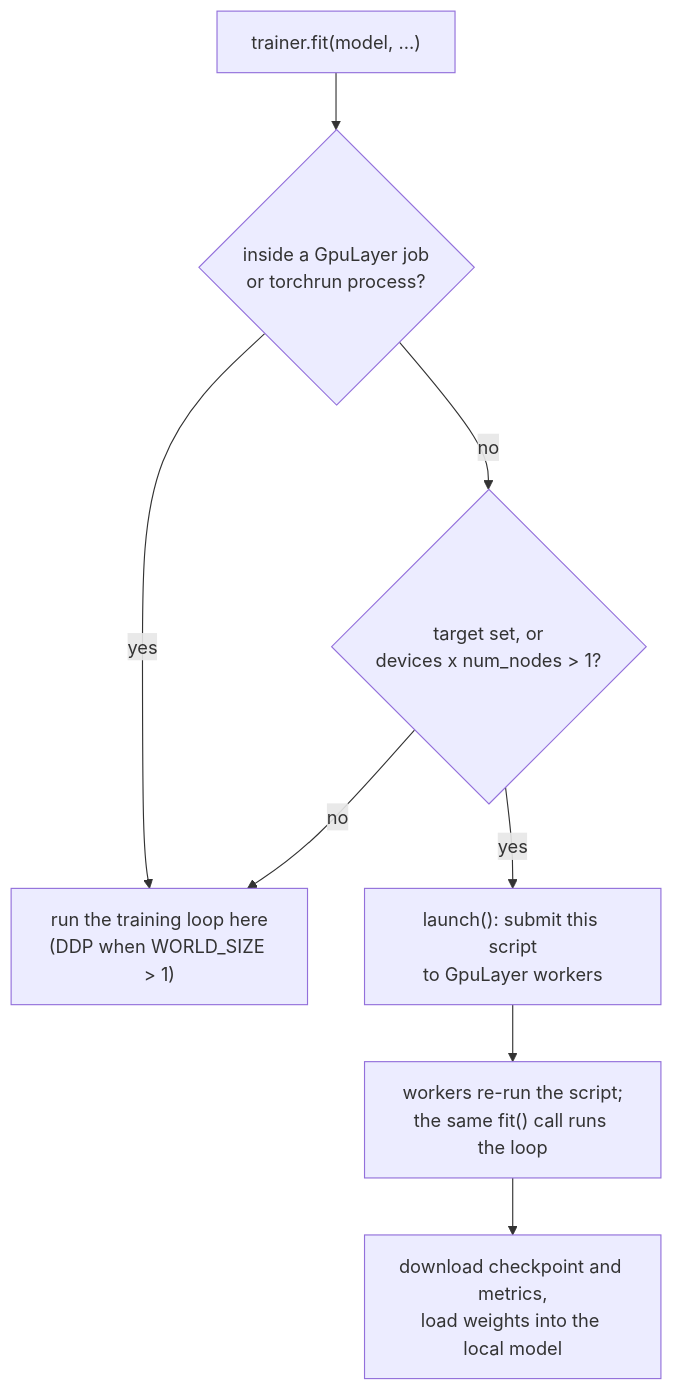
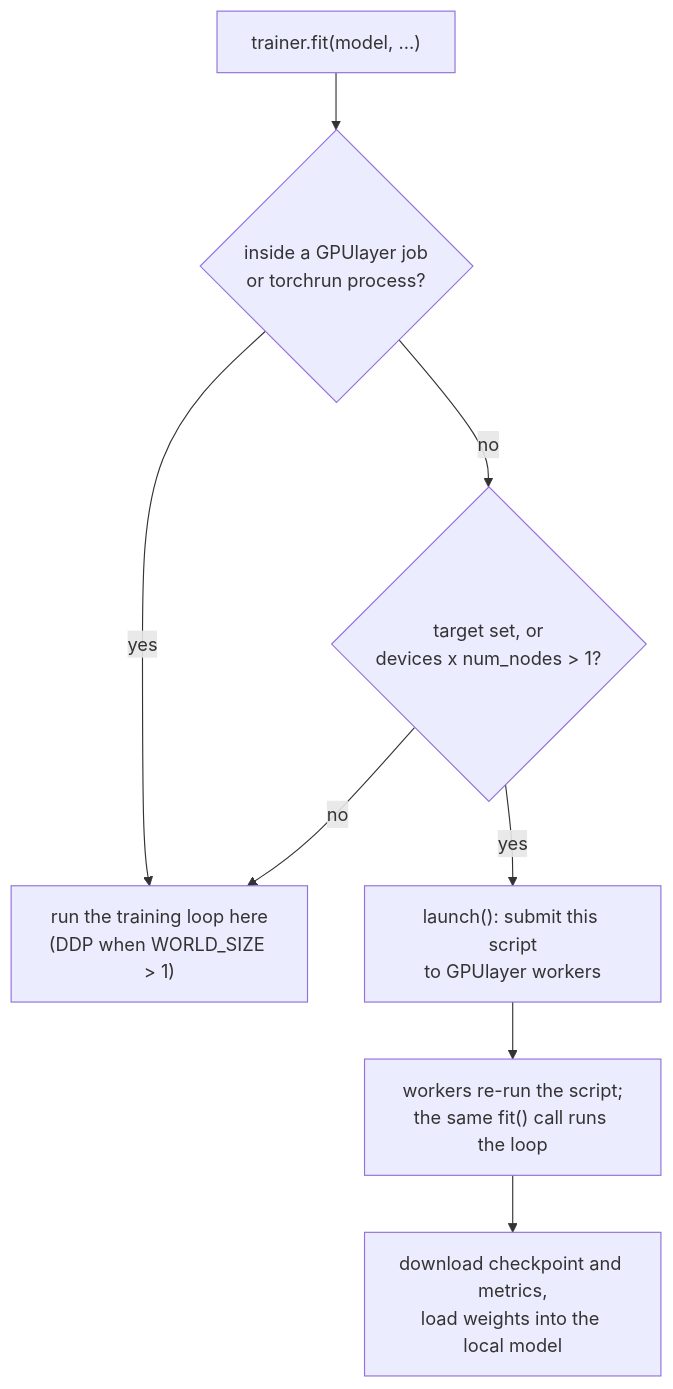
Before and after one commit to antonellof/gpulayer: the diagram in docs/pytorch/trainer.md, drawn with Mermaid. The commit also changed 93 other files, not shown here.

First line of the commit message:
GPUlayer name and logo, flow diagram, brand icons, new dashboard screenshots

````diff
--- a/docs/pytorch/trainer.md
+++ b/docs/pytorch/trainer.md
@@ -87,10 +87,10 @@
 ```mermaid
 flowchart TD
-    F["trainer.fit(model, ...)"] --> Q{"inside a GpuLayer job<br/>or torchrun process?"}
+    F["trainer.fit(model, ...)"] --> Q{"inside a GPUlayer job<br/>or torchrun process?"}
     Q -- yes --> LOOP["run the training loop here<br/>(DDP when WORLD_SIZE > 1)"]
     Q -- no --> T{"target set, or<br/>devices x num_nodes > 1?"}
     T -- no --> LOOP
-    T -- yes --> L["launch(): submit this script<br/>to GpuLayer workers"]
+    T -- yes --> L["launch(): submit this script<br/>to GPUlayer workers"]
     L --> W["workers re-run the script;<br/>the same fit() call runs the loop"]
     W --> B["download checkpoint and metrics,<br/>load weights into the local model"]
 ```
````
